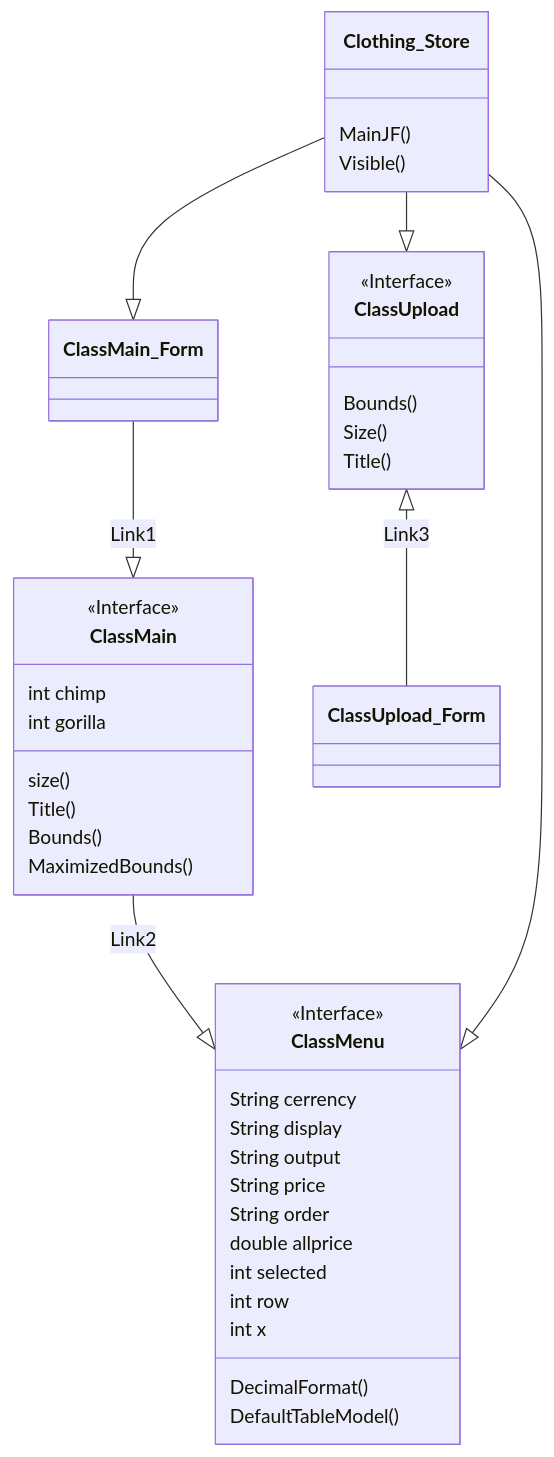
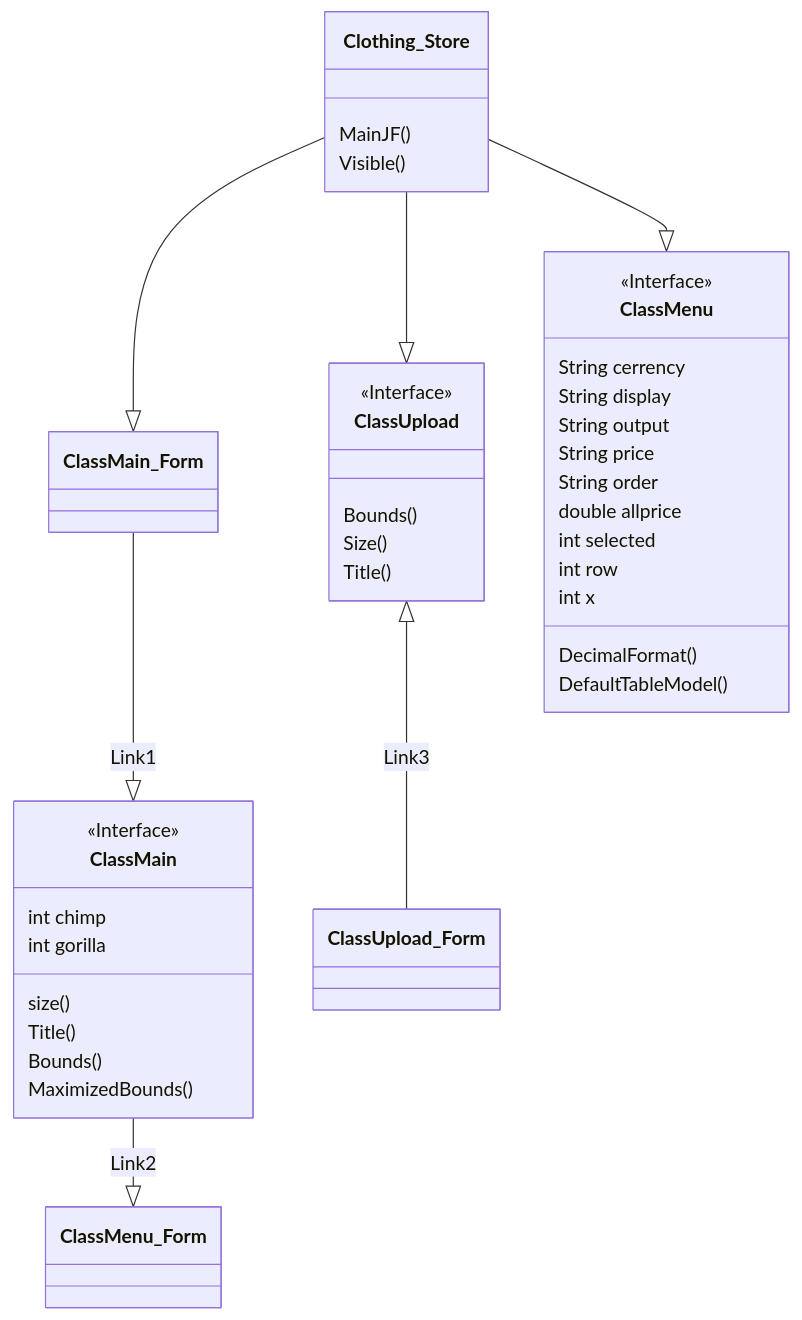
Before and after one commit to kawin101/Java_GUI_CRUD_CSV: the third of 3 diagrams in README.md, drawn with Mermaid.

````diff
--- a/README.md
+++ b/README.md
@@ -33,36 +33,36 @@
 ```mermaid
 classDiagram
 
 ClassMain_Form --|> ClassMain : Link1
-ClassMain --|> ClassMenu : Link2
+ClassMain --|> ClassMenu_Form : Link2
 ClassUpload <|-- ClassUpload_Form : Link3
 <<Interface>> ClassMain
 Clothing_Store --|> ClassMain_Form
 Clothing_Store --|> ClassMenu
 Clothing_Store --|> ClassUpload
 Clothing_Store : MainJF()
 Clothing_Store : Visible()
 ClassMain : size()
 ClassMain : Title()
 ClassMain : Bounds()
 ClassMain : MaximizedBounds()
 ClassMain : int chimp
 ClassMain : int gorilla
 <<Interface>> ClassMenu
 ClassMenu : String cerrency
 ClassMenu : String display
 ClassMenu : String output
 ClassMenu : String price
 ClassMenu : String order
 ClassMenu : DecimalFormat()
 ClassMenu : double allprice
 ClassMenu : int selected
 ClassMenu : int row
 ClassMenu : int x
 ClassMenu : DefaultTableModel()
 <<Interface>> ClassUpload
 ClassUpload : Bounds()
 ClassUpload : Size()
 ClassUpload : Title()
 
 ```
````
